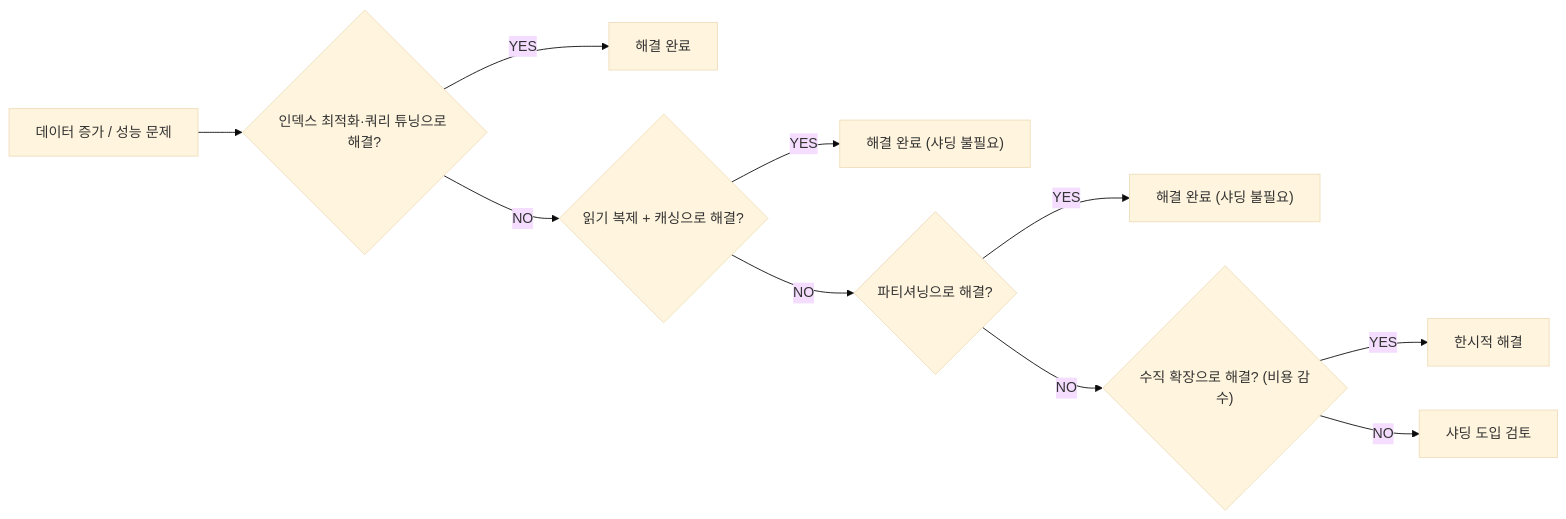
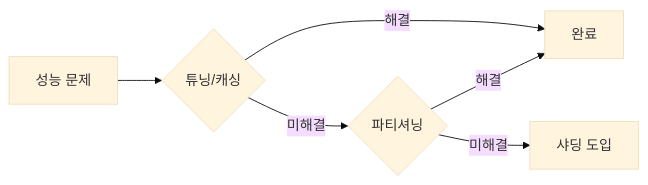
One commit to yjkim2015/yjkim2015.github.io changed the second of 13 diagrams in _posts/db/2026-05-01-db-sharding.md. Above: the diagram before and after it, drawn with Mermaid (base theme). The commit also changed other lines of this file and 163 other files, not shown here.

First line of the commit message:
Mermaid 300개 블록 내용 축소: 5노드 5엣지 이하, 의미 있는 약어

````diff
--- a/_posts/db/2026-05-01-db-sharding.md
+++ b/_posts/db/2026-05-01-db-sharding.md
@@ -56,12 +56,8 @@
 ```mermaid
 graph LR
-    A["데이터 증가 / 성능 문제"] --> B{"인덱스 최적화·쿼리 튜닝으로 해결?"}
-    B -->|"YES"| Z1["해결 완료"]
-    B -->|"NO"| C{"읽기 복제 + 캐싱으로 해결?"}
-    C -->|"YES"| Z2["해결 완료 (샤딩 불필요)"]
-    C -->|"NO"| D{"파티셔닝으로 해결?"}
-    D -->|"YES"| Z3["해결 완료 (샤딩 불필요)"]
-    D -->|"NO"| E{"수직 확장으로 해결? (비용 감수)"}
-    E -->|"YES"| Z4["한시적 해결"]
-    E -->|"NO"| F["샤딩 도입 검토"]
+    A["성능 문제"] --> B{"튜닝/캐싱"}
+    B -->|"해결"| Z["완료"]
+    B -->|"미해결"| C{"파티셔닝"}
+    C -->|"해결"| Z
+    C -->|"미해결"| F["샤딩 도입"]
 ```
````
